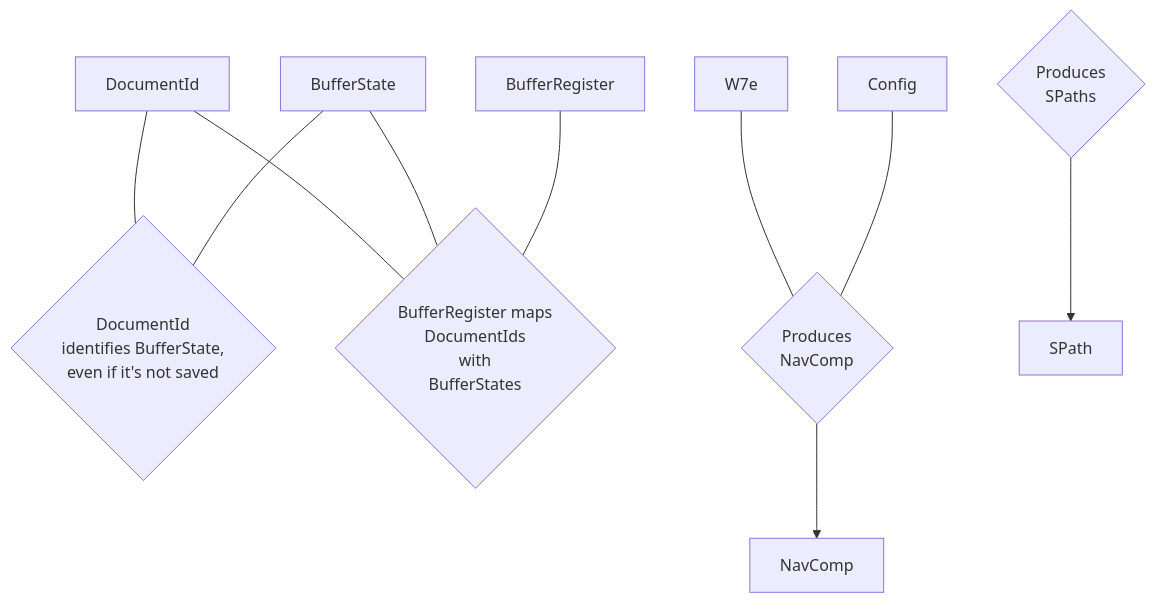
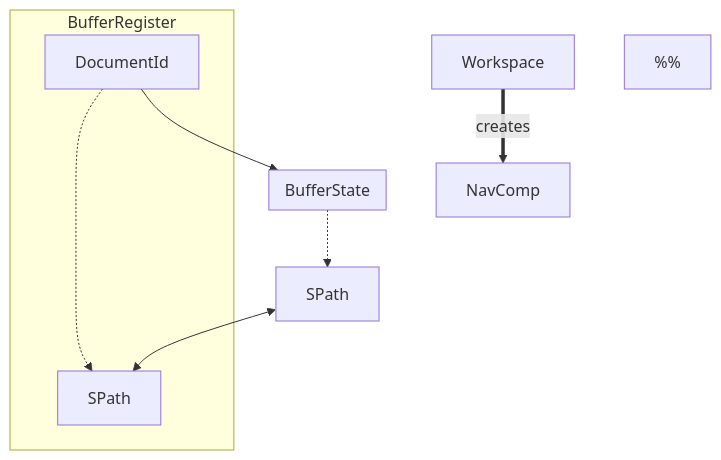
One commit to njskalski/bernardo changed the diagram in docs/who_needs_what.md. Above: the diagram before and after it, drawn with Mermaid. The commit also changed 7 other files, not shown here.

````diff
--- a/docs/who_needs_what.md
+++ b/docs/who_needs_what.md
@@ -6,28 +6,30 @@
 ```mermaid
-flowchart 
+flowchart
+    BufferState
+    subgraph BufferRegister
+        DocumentId -.-> DocIdSPath[SPath]
+    end
 
-BufferRegister 
-DocumentId
-BufferState
+    SPath <--> DocIdSPath
 
-DocumentIdIdentifies{DocumentId\n identifies BufferState,\n even if it's not saved}
+    subgraph BufferState
+        
+    end
 
-DocumentId --- DocumentIdIdentifies
-BufferState --- DocumentIdIdentifies
+    Workspace == creates ==> NavComp
 
-BufferRegisterMaps{BufferRegister maps\nDocumentIds\nwith\n BufferStates}
-DocumentId --- BufferRegisterMaps
-BufferState --- BufferRegisterMaps
-BufferRegister --- BufferRegisterMaps
+    DocumentId --> BufferState
+    BufferState -.-> SPath
 
-W7e --- ProducesNavComp
-Config --- ProducesNavComp
-
-NavComp
-
-ProducesNavComp{Produces\nNavComp} --> NavComp
-ProducesSPaths{Produces\nSPaths} --> SPath
-
-SPath
+    %%
+    %%W7e --- ProducesNavComp
+    %%Config --- ProducesNavComp
+    %%
+    %%NavComp
+    %%
+    %%ProducesNavComp{Produces\nNavComp } --> NavComp
+    %%ProducesSPaths{Produces\nSPaths} --> SPath
+    %%
+    %%SPath
 
 ```
````
